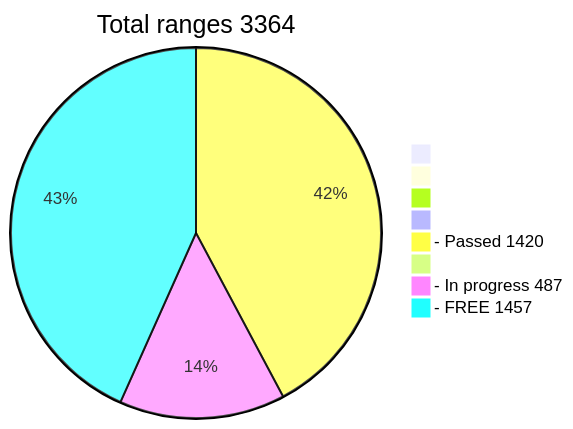
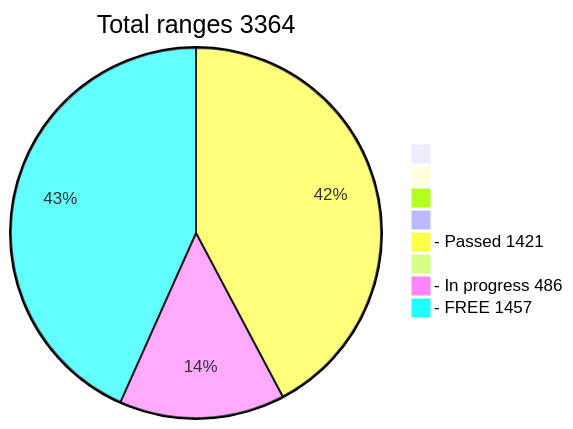
One commit to phrutis/wif500 changed the diagram in README.md. Above: the diagram before and after it, drawn with Mermaid.

````diff
--- a/README.md
+++ b/README.md
@@ -16,12 +16,12 @@
 ```mermaid
 pie title Total ranges 3364
              " " : 0
             "  " : 0
            "   " : 0
           "    " : 0
-  "- Passed 1420" : 1420
+  "- Passed 1421" : 1421
          "     " : 0
-  "- In progress 487" : 487
+  "- In progress 486" : 486
    "- FREE 1457" : 1457
    
 ```
````
